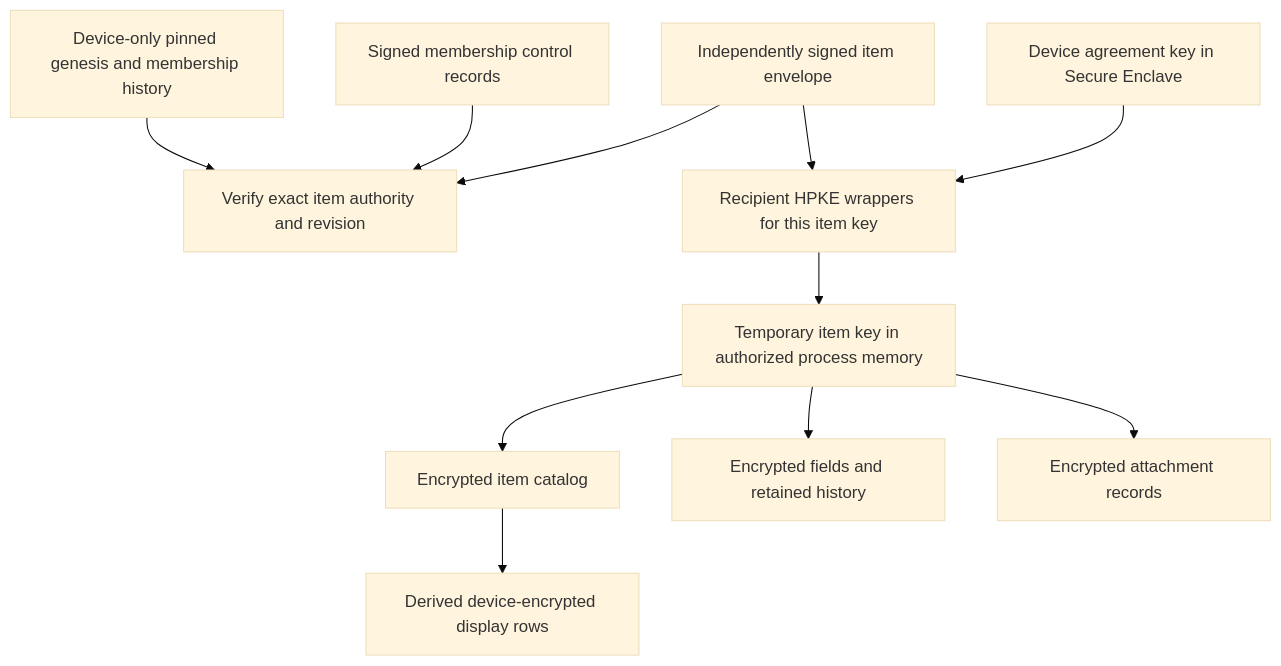
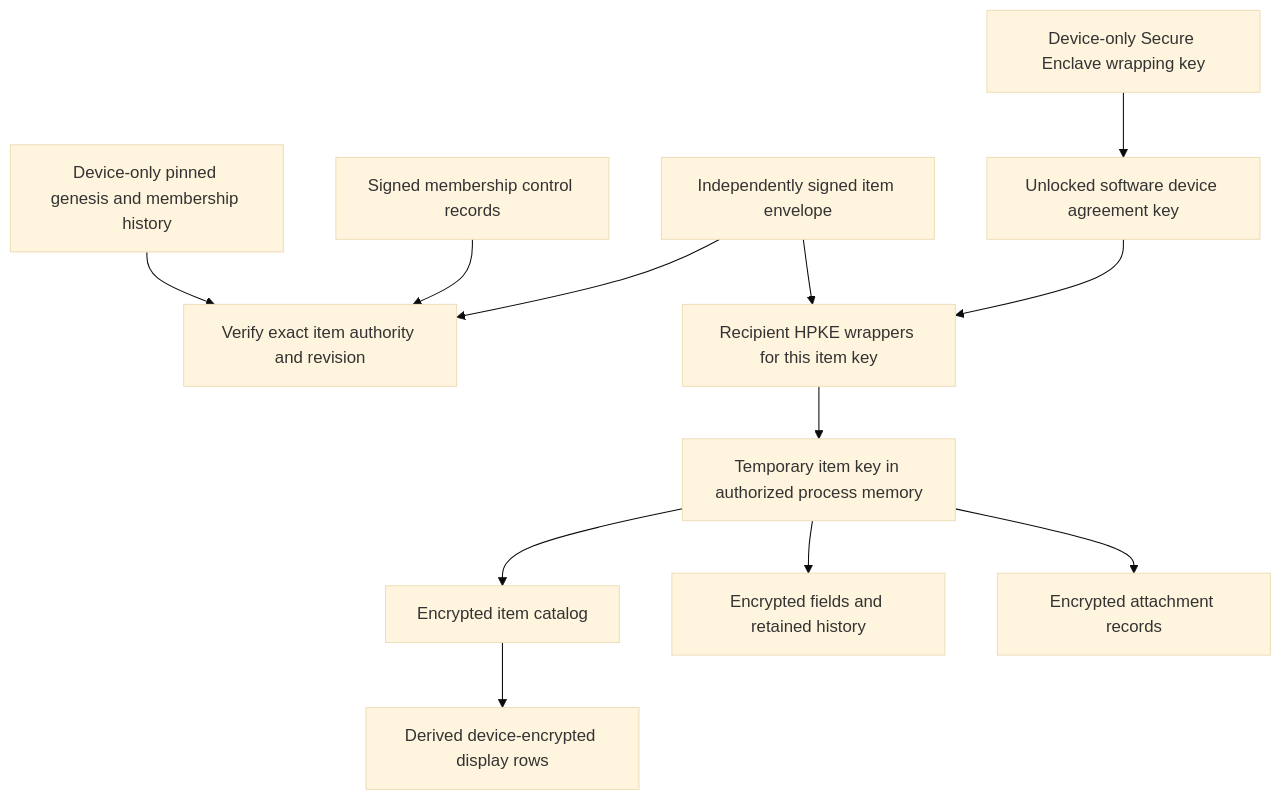
Before and after one commit to koehn/2ndPass: the second of 2 diagrams in docs/SECURITY.md, drawn with Mermaid (base theme). The commit also changed other lines of this file and 65 other files, not shown here.

````diff
--- a/docs/SECURITY.md
+++ b/docs/SECURITY.md
@@ -82,13 +84,14 @@
 ```mermaid
 flowchart TB
   P[Device-only pinned genesis and membership history] --> V[Verify exact item authority and revision]
   M[Signed membership control records] --> V
   I[Independently signed item envelope] --> V
   I --> W[Recipient HPKE wrappers for this item key]
-  D[Device agreement key in Secure Enclave] --> W
+  D[Unlocked software device agreement key] --> W
+  E[Device-only Secure Enclave wrapping key] --> D
   W --> K[Temporary item key in authorized process memory]
   K --> C[Encrypted item catalog]
   K --> F[Encrypted fields and retained history]
   K --> A[Encrypted attachment records]
   C --> L[Derived device-encrypted display rows]
 ```
````
